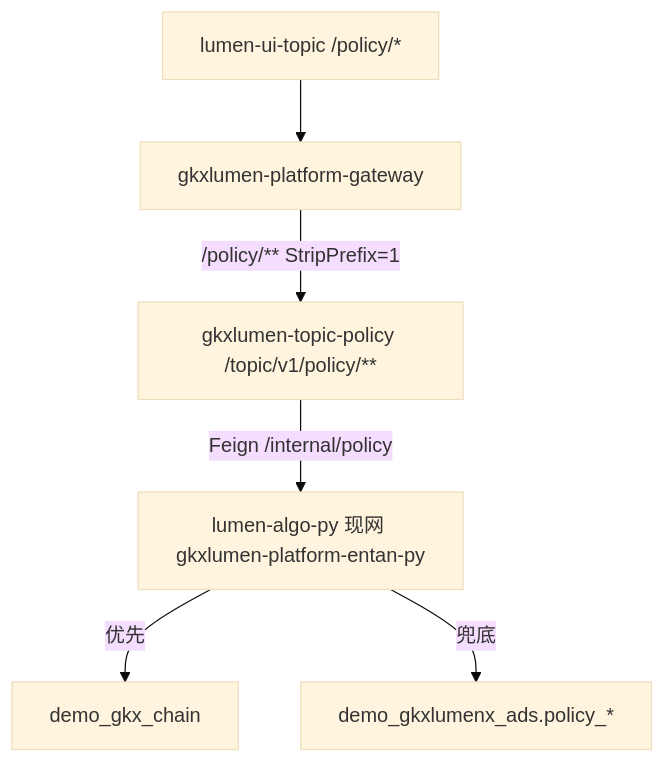
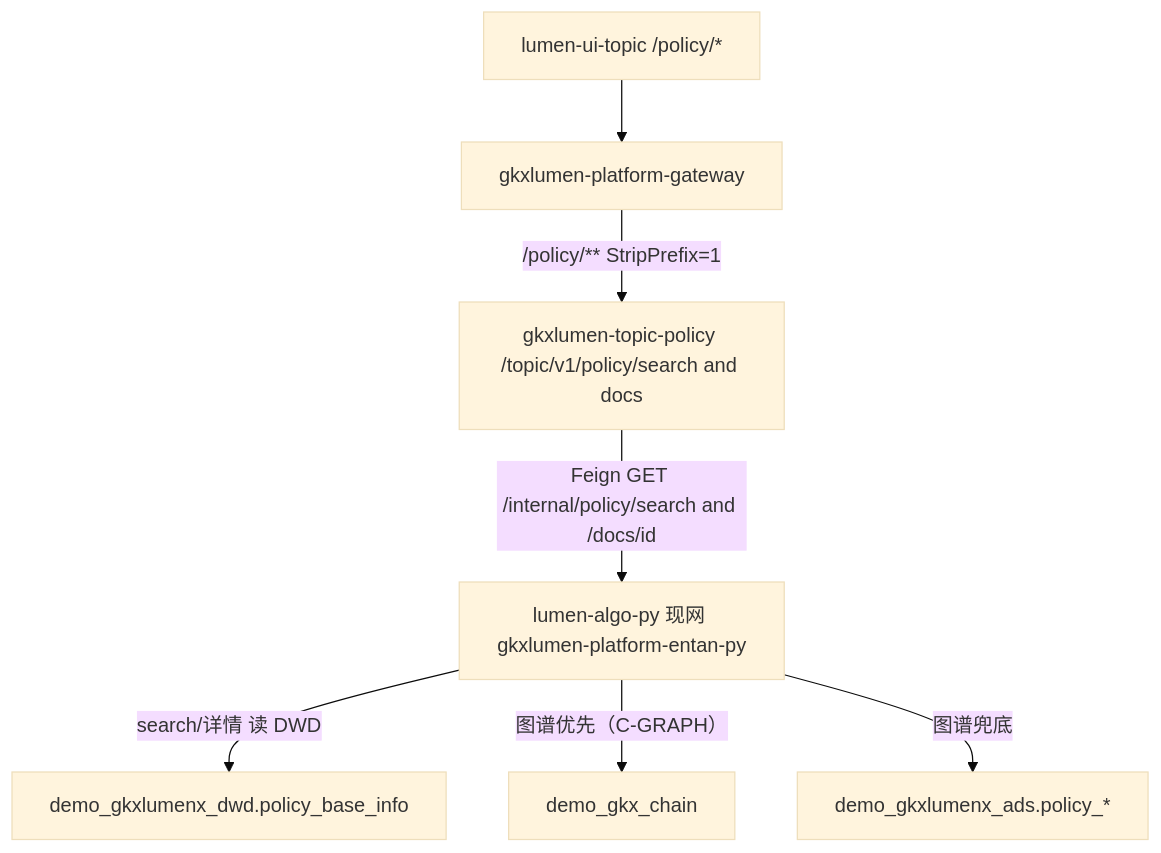
One commit to Marisolebxf/- changed the fourth of 4 diagrams in agent-delivery/data/data-design/storage/POLICY/01-data-flow.md. Above: the diagram before and after it, drawn with Mermaid (base theme). The commit also changed other lines of this file and 1 other file, not shown here.

First line of the commit message:
docs(policy): C-SEARCH handoff and POLICY-STORAGE-FLOW search read edge [agent:api-agent]

````diff
--- a/agent-delivery/data/data-design/storage/POLICY/01-data-flow.md
+++ b/agent-delivery/data/data-design/storage/POLICY/01-data-flow.md
@@ -92,8 +92,9 @@
 ```mermaid
 flowchart TB
   TOPIC["lumen-ui-topic /policy/*"] --> GW3["gkxlumen-platform-gateway"]
-  GW3 -->|"/policy/** StripPrefix=1"| JAVA3["gkxlumen-topic-policy /topic/v1/policy/**"]
-  JAVA3 -->|"Feign /internal/policy"| PY3["lumen-algo-py 现网 gkxlumen-platform-entan-py"]
-  PY3 -->|"优先"| NEB3["demo_gkx_chain"]
-  PY3 -->|"兜底"| ADS3["demo_gkxlumenx_ads.policy_*"]
+  GW3 -->|"/policy/** StripPrefix=1"| JAVA3["gkxlumen-topic-policy /topic/v1/policy/search and docs"]
+  JAVA3 -->|"Feign GET /internal/policy/search and /docs/id"| PY3["lumen-algo-py 现网 gkxlumen-platform-entan-py"]
+  PY3 -->|"search/详情 读 DWD"| DWD3["demo_gkxlumenx_dwd.policy_base_info"]
+  PY3 -->|"图谱优先（C-GRAPH）"| NEB3["demo_gkx_chain"]
+  PY3 -->|"图谱兜底"| ADS3["demo_gkxlumenx_ads.policy_*"]
 ```
````
